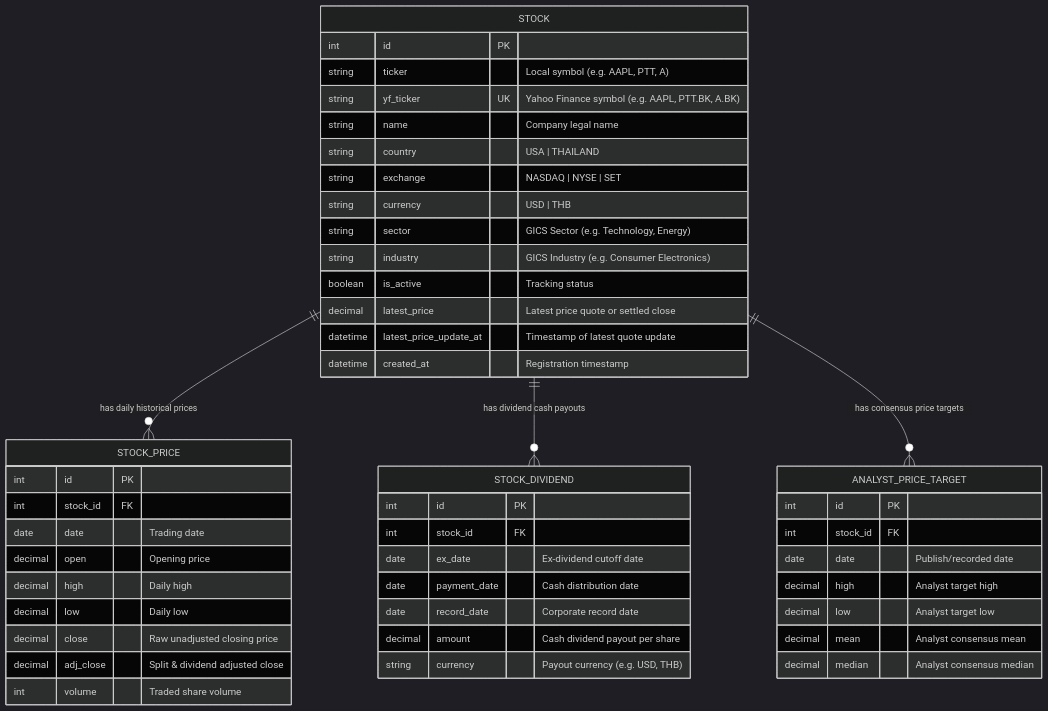
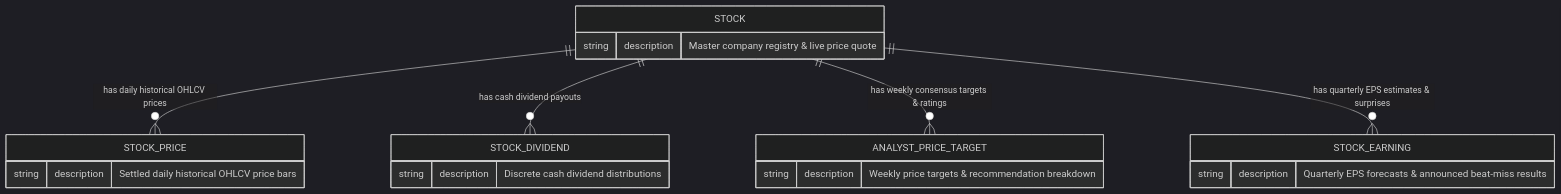
The diagram in docs/DATABASE_DESIGN.md (tame0001/goose), drawn with Mermaid (dark theme) before and after one commit. The commit also changed other lines of this file and 4 other files, not shown here.

````diff
--- a/docs/DATABASE_DESIGN.md
+++ b/docs/DATABASE_DESIGN.md
@@ -20,54 +20,23 @@
 ```mermaid
 erDiagram
-    STOCK ||--o{ STOCK_PRICE : "has daily historical prices"
-    STOCK ||--o{ STOCK_DIVIDEND : "has dividend cash payouts"
-    STOCK ||--o{ ANALYST_PRICE_TARGET : "has consensus price targets"
+    STOCK ||--o{ STOCK_PRICE : "has daily historical OHLCV prices"
+    STOCK ||--o{ STOCK_DIVIDEND : "has cash dividend payouts"
+    STOCK ||--o{ ANALYST_PRICE_TARGET : "has weekly consensus targets & ratings"
+    STOCK ||--o{ STOCK_EARNING : "has quarterly EPS estimates & surprises"
 
     STOCK {
-        int id PK
-        string ticker "Local symbol (e.g. AAPL, PTT, A)"
-        string yf_ticker UK "Yahoo Finance symbol (e.g. AAPL, PTT.BK, A.BK)"
-        string name "Company legal name"
-        string country "USA | THAILAND"
-        string exchange "NASDAQ | NYSE | SET"
-        string currency "USD | THB"
-        string sector "GICS Sector (e.g. Technology, Energy)"
-        string industry "GICS Industry (e.g. Consumer Electronics)"
-        boolean is_active "Tracking status"
-        decimal latest_price "Latest price quote or settled close"
-        datetime latest_price_update_at "Timestamp of latest quote update"
-        datetime created_at "Registration timestamp"
+        string description "Master company registry & live price quote"
     }
-
     STOCK_PRICE {
-        int id PK
-        int stock_id FK
-        date date "Trading date"
-        decimal open "Opening price"
-        decimal high "Daily high"
-        decimal low "Daily low"
-        decimal close "Raw unadjusted closing price"
-        decimal adj_close "Split & dividend adjusted close"
-        int volume "Traded share volume"
+        string description "Settled daily historical OHLCV price bars"
     }
-
     STOCK_DIVIDEND {
-        int id PK
-        int stock_id FK
-        date ex_date "Ex-dividend cutoff date"
-        date payment_date "Cash distribution date"
-        date record_date "Corporate record date"
-        decimal amount "Cash dividend payout per share"
-        string currency "Payout currency (e.g. USD, THB)"
+        string description "Discrete cash dividend distributions"
     }
-
     ANALYST_PRICE_TARGET {
-        int id PK
-        int stock_id FK
-        date date "Publish/recorded date"
-        decimal high "Analyst target high"
-        decimal low "Analyst target low"
-        decimal mean "Analyst consensus mean"
-        decimal median "Analyst consensus median"
+        string description "Weekly price targets & recommendation breakdown"
+    }
+    STOCK_EARNING {
+        string description "Quarterly EPS forecasts & announced beat-miss results"
     }
 ```
````
